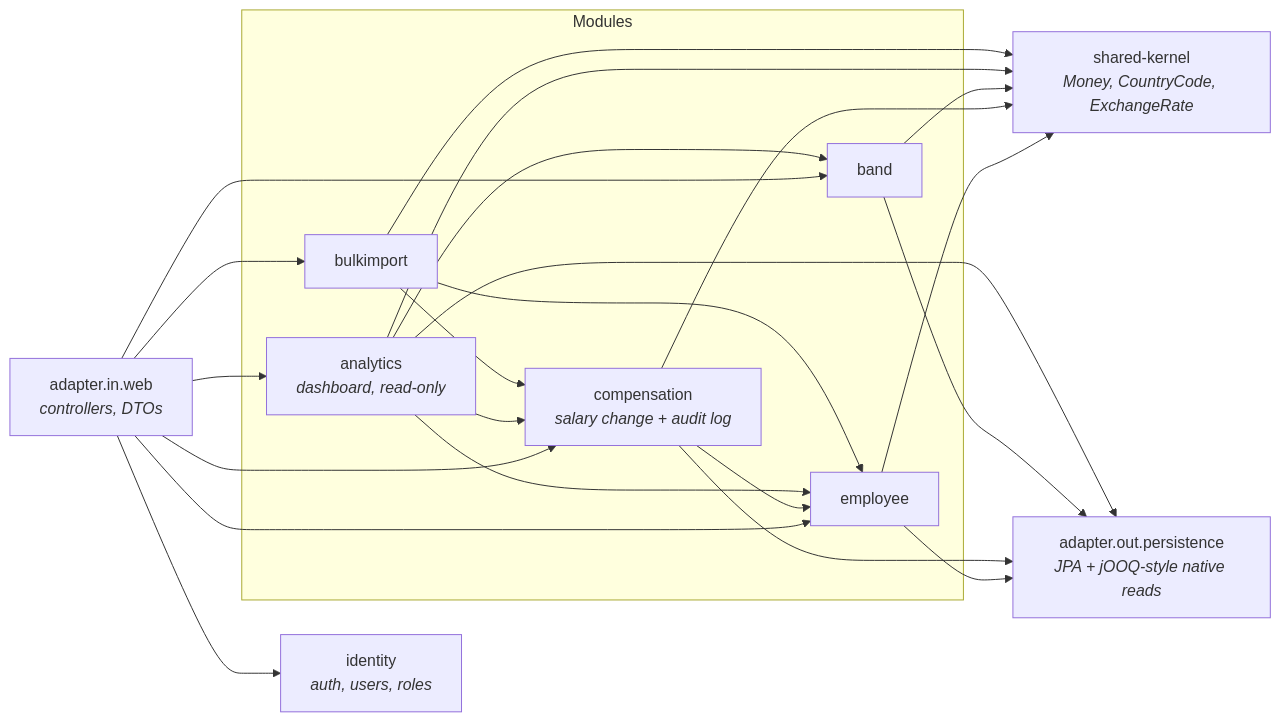
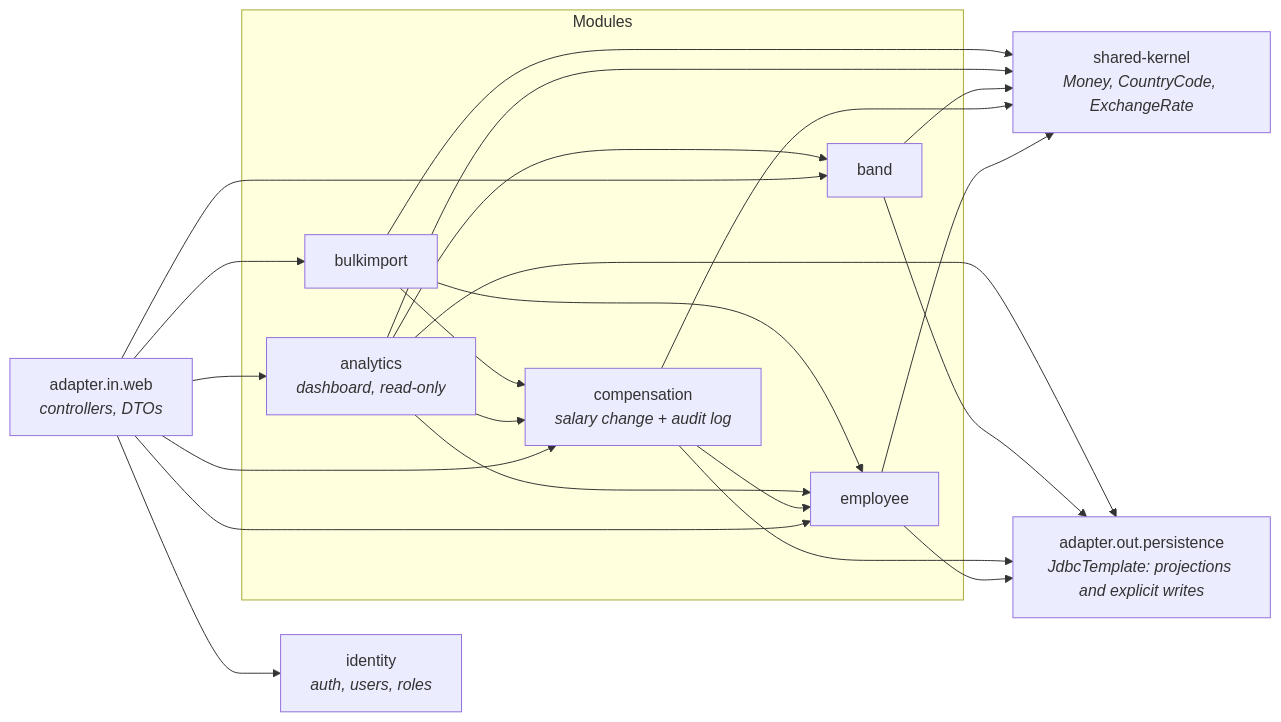
Before and after one commit to Ram-mane/Incubyte-Engineering-Assessment: the third of 4 diagrams in docs/03-ARCHITECTURE.md, drawn with Mermaid. The commit also changed other lines of this file and 1 other file, not shown here.

First line of the commit message:
docs: record decision on jdbctemplate everywhere and jpa on a read path

````diff
--- a/docs/03-ARCHITECTURE.md
+++ b/docs/03-ARCHITECTURE.md
@@ -57,22 +57,22 @@
 ```mermaid
 graph LR
     WEB["adapter.in.web<br/><i>controllers, DTOs</i>"]
     subgraph Modules
       EMP["employee"]
       COMP["compensation<br/><i>salary change + audit log</i>"]
       BAND["band"]
       ANA["analytics<br/><i>dashboard, read-only</i>"]
       IMP["bulkimport"]
     end
     IDN["identity<br/><i>auth, users, roles</i>"]
     SHR["shared-kernel<br/><i>Money, CountryCode, ExchangeRate</i>"]
-    PERS["adapter.out.persistence<br/><i>JPA + jOOQ-style native reads</i>"]
+    PERS["adapter.out.persistence<br/><i>JdbcTemplate: projections and explicit writes</i>"]
 
     WEB --> EMP & COMP & BAND & ANA & IMP
     COMP --> EMP
     ANA --> COMP & BAND & EMP
     IMP --> EMP & COMP
     EMP & COMP & BAND & ANA & IMP --> SHR
     EMP & COMP & BAND & ANA --> PERS
     WEB --> IDN
 ```
````
